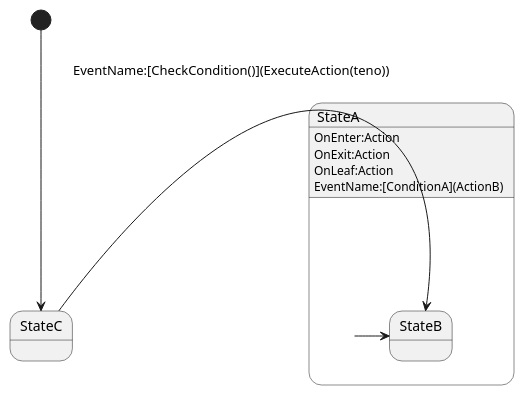
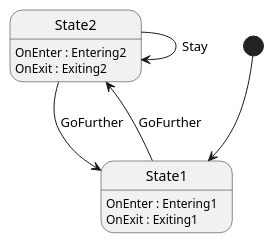
One commit to pawelwojtowicz/fsmEngine changed the diagram in fsmExamples/puml/exampleFSM.puml. Above: the diagram before and after it, drawn with PlantUML. The commit also changed 3 other files, not shown here.

Commit message:
plantUml configurator in progress

```diff
--- a/fsmExamples/puml/exampleFSM.puml
+++ b/fsmExamples/puml/exampleFSM.puml
@@ -1,16 +1,14 @@
 @startuml
-[*] --> StateC
+[*] --> State1
+State1 --> State2 : GoFurther
 
-state StateA {
+State2 -> State2 : Stay
 
-StateC -> StateB : EventName:[CheckCondition()](ExecuteAction(teno))
+State2 -> State1 : GoFurther
 
-}
-
-StateA -> StateB
-StateA : OnEnter:Action
-StateA : OnExit:Action
-StateA : OnLeaf:Action
-StateA : EventName:[ConditionA](ActionB)
+State1 : OnEnter : Entering1
+State1 : OnExit : Exiting1
+State2 : OnEnter : Entering2
+State2 : OnExit : Exiting2
 
 @enduml
```
